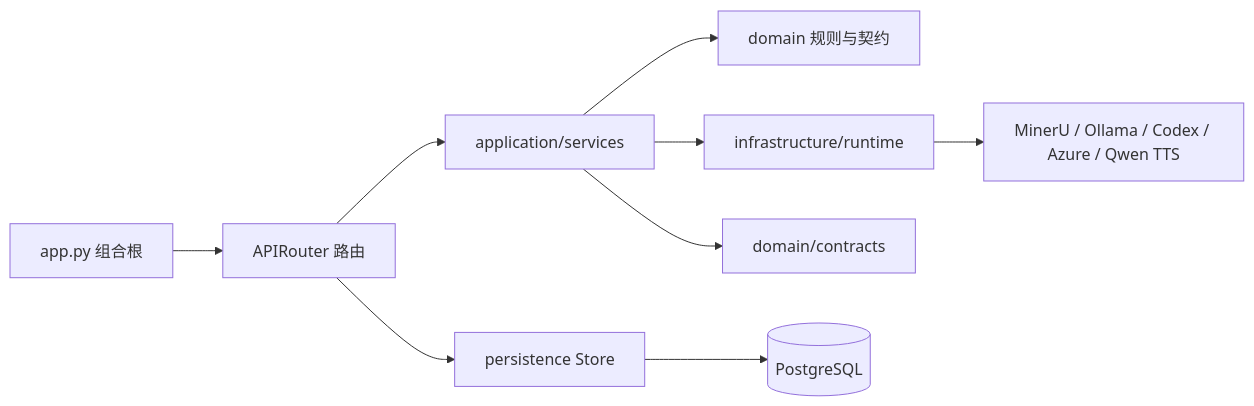
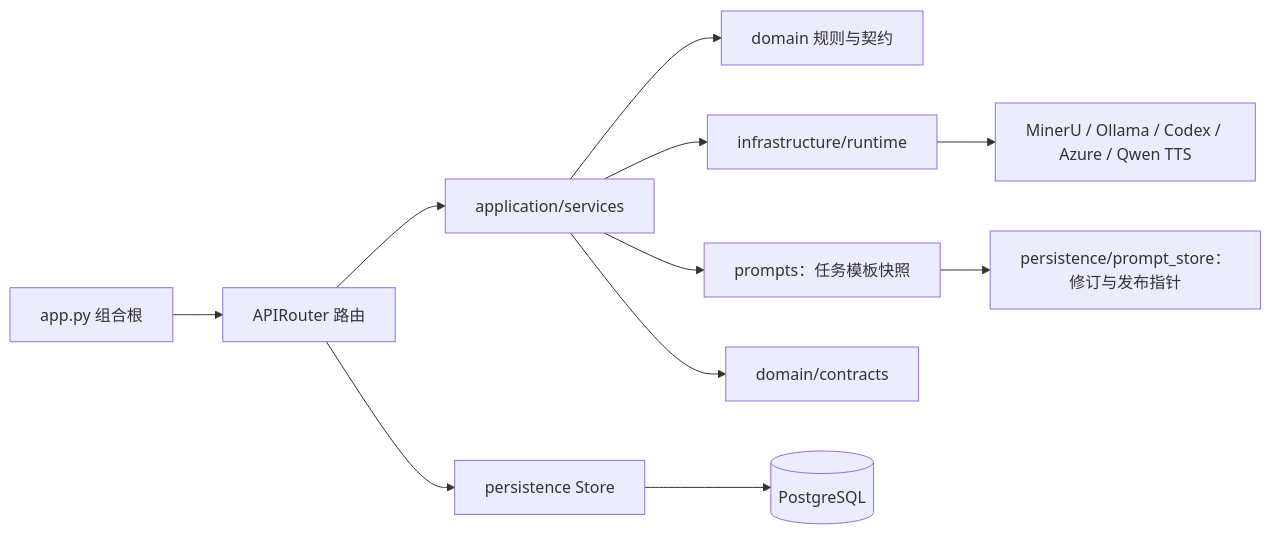
One commit to ningkaikok/dotty-tutor changed the first of 2 diagrams in docs/codebase-guide.md. Above: the diagram before and after it, drawn with Mermaid. The commit also changed other lines of this file and 44 other files, not shown here.

````diff
--- a/docs/codebase-guide.md
+++ b/docs/codebase-guide.md
@@ -166,11 +170,13 @@
 ```mermaid
 flowchart LR
   App["app.py 组合根"] --> Routes["APIRouter 路由"]
   Routes --> Services["application/services"]
   Services --> Domain["domain 规则与契约"]
   Routes --> Stores["persistence Store"]
   Services --> Runtime["infrastructure/runtime"]
+  Services --> Prompts["prompts：任务模板快照"]
+  Prompts --> PromptStore["persistence/prompt_store：修订与发布指针"]
   Services --> Contracts["domain/contracts"]
   Stores --> PostgreSQL[(PostgreSQL)]
   Runtime --> External["MinerU / Ollama / Codex / Azure / Qwen TTS"]
 ```
````
